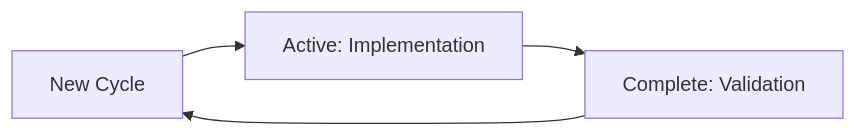
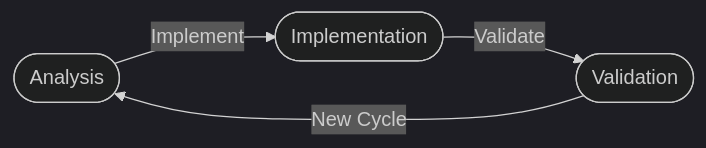
One commit to jackccrawford/pattern-bridge changed the diagram in docs/index.md. Above: the diagram before and after it, drawn with Mermaid. The commit also changed other lines of this file and 22 other files, not shown here.

````diff
--- a/docs/index.md
+++ b/docs/index.md
@@ -9,6 +10,9 @@
 ```mermaid
+%%{init: {
+  'theme': 'dark'
+}}%%
 graph LR
-    A[Idle: Analysis] --> B[Active: Implementation]
-    B --> C[Complete: Validation]
-    C --> A[New Cycle]
+    A([Analysis]) -->|Implement| B([Implementation])
+    B -->|Validate| C([Validation])
+    C -->|New Cycle| A
 ```
````
